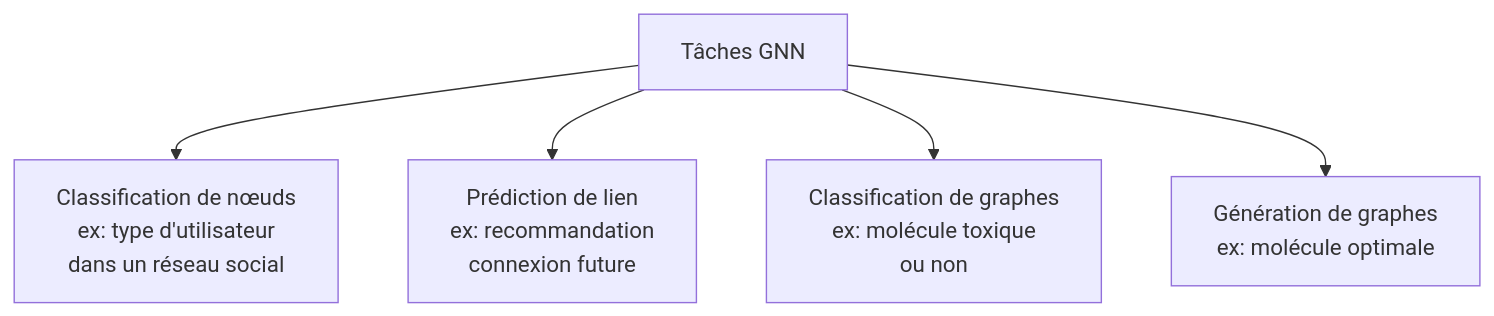
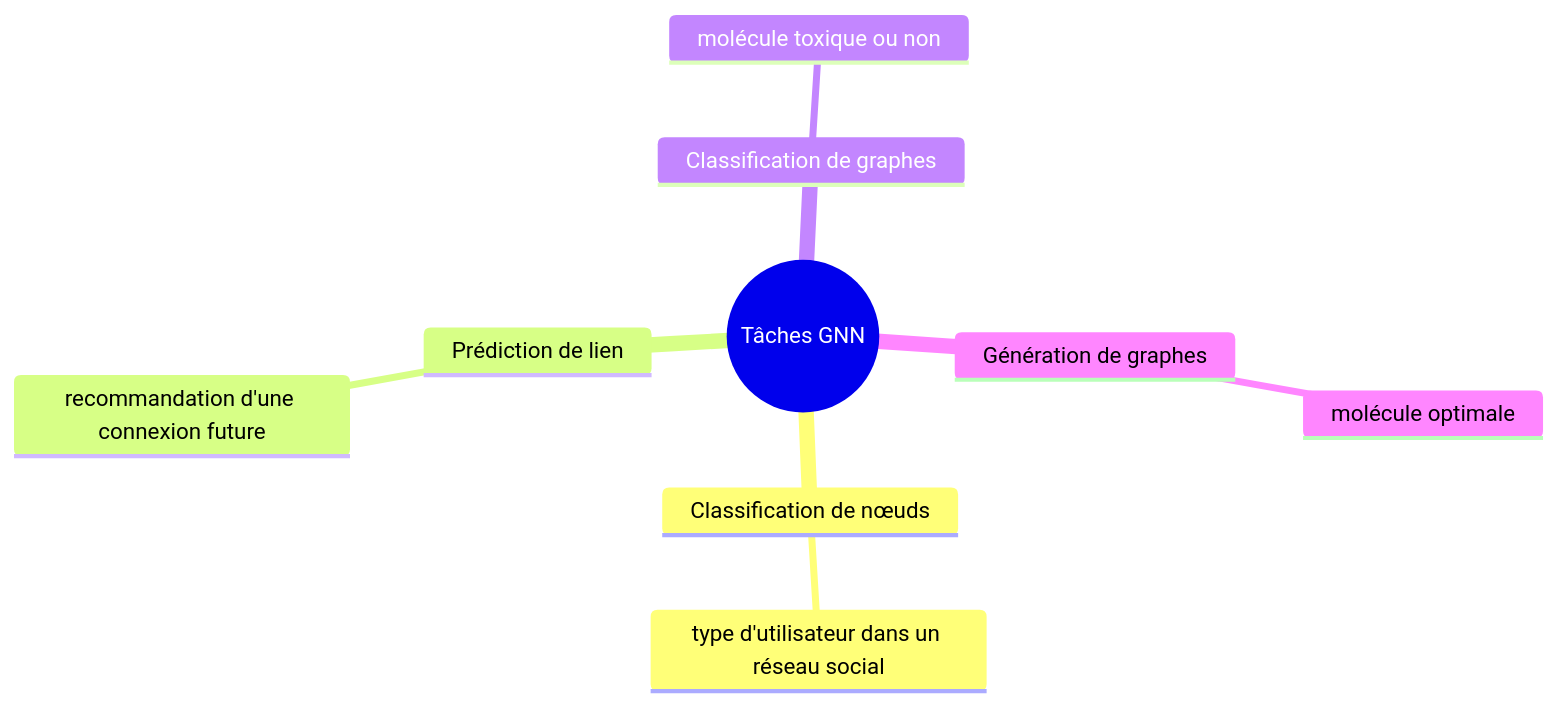
The second of 2 diagrams in Applied Sciences/Computer Science/Software/Data Science/Machine Learning/DeepLearning/Graph Neural Networks.md (rwmicro/pensine), drawn with Mermaid before and after one commit. The commit also changed 5 other files, not shown here.

First line of the commit message:
save: 24/09/2026 — diagrammes : le bon type plutôt que le flowchart partout (6 fichiers)

````diff
--- a/Applied Sciences/Computer Science/Software/Data Science/Machine Learning/DeepLearning/Graph Neural Networks.md
+++ b/Applied Sciences/Computer Science/Software/Data Science/Machine Learning/DeepLearning/Graph Neural Networks.md
@@ -128,8 +128,12 @@
 ```mermaid
-graph TD
-    taches[Tâches GNN]
-    taches --> node["Classification de nœuds\nex: type d'utilisateur\ndans un réseau social"]
-    taches --> link[Prédiction de lien\nex: recommandation\nconnexion future]
-    taches --> clsgraph[Classification de graphes\nex: molécule toxique\nou non]
-    taches --> gen[Génération de graphes\nex: molécule optimale]
+mindmap
+  root((Tâches GNN))
+    Classification de nœuds
+      type d'utilisateur dans un réseau social
+    Prédiction de lien
+      recommandation d'une connexion future
+    Classification de graphes
+      molécule toxique ou non
+    Génération de graphes
+      molécule optimale
 ```
````
